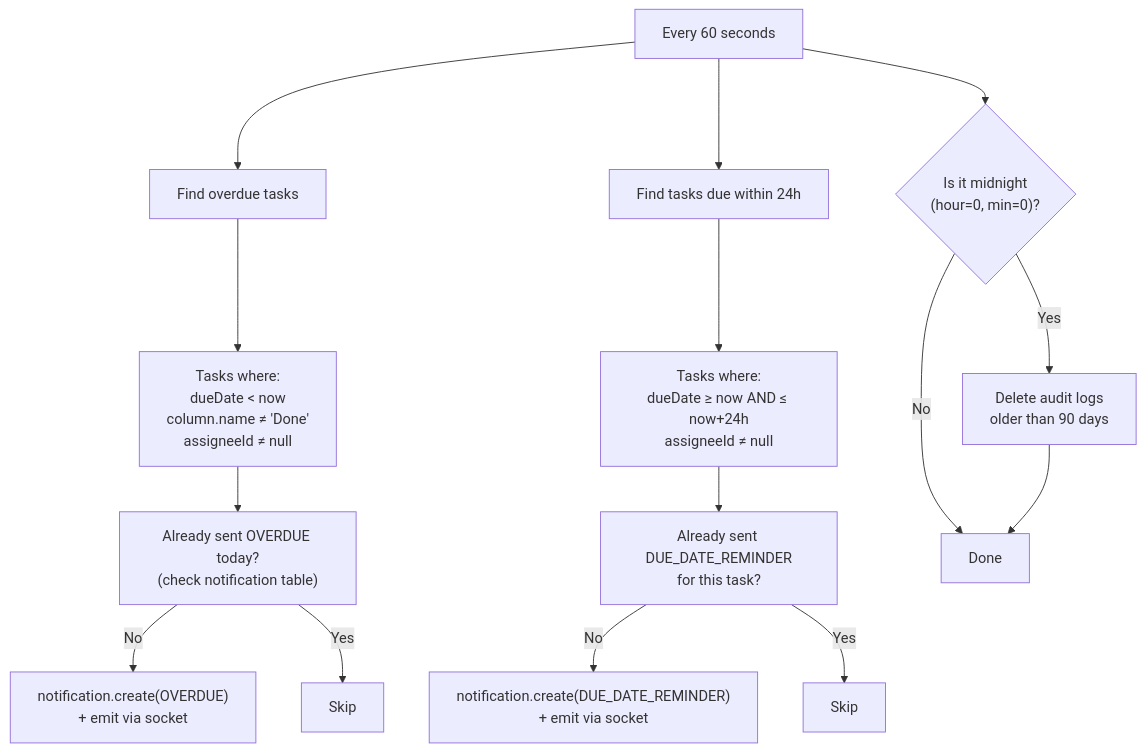
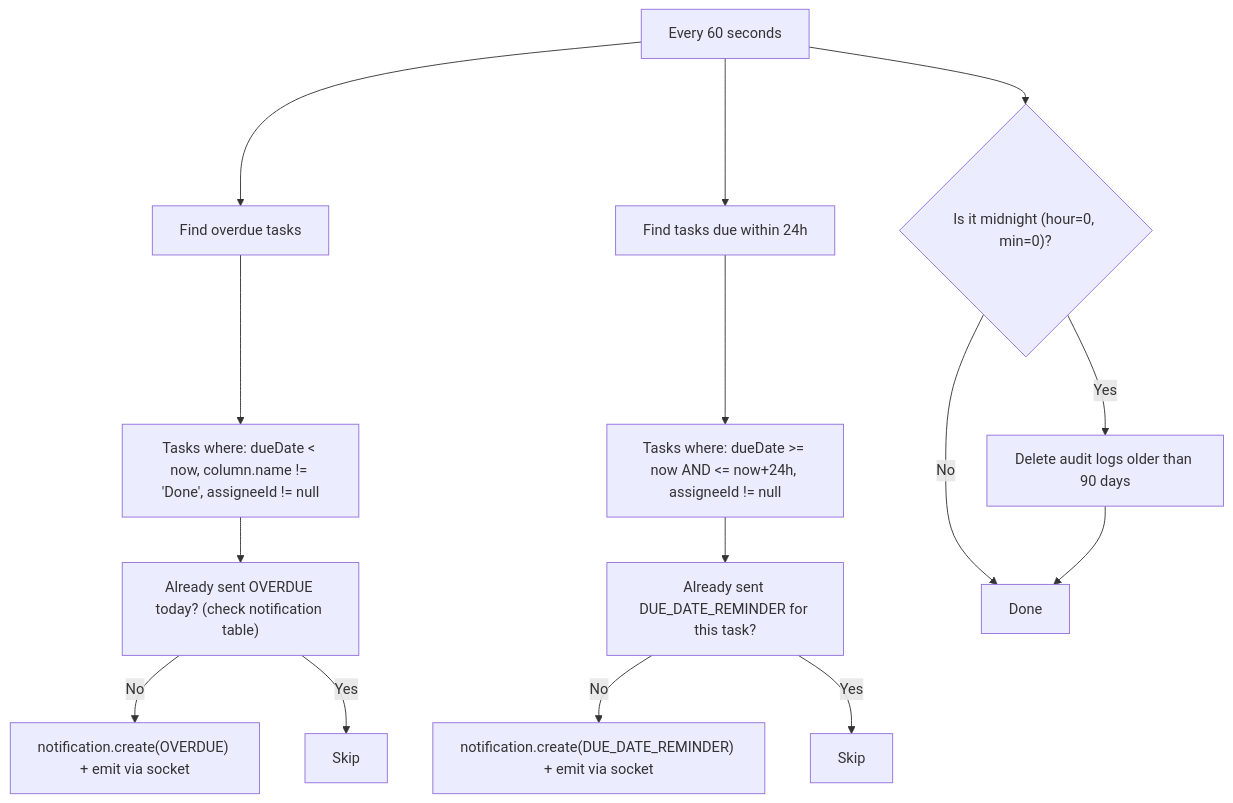
Before and after one commit to asefahmed500/Smart-Task-App_IIT_DU_Final_Project: the fourth of 5 diagrams in docs/06-notification-system.md, drawn with Mermaid. The commit also changed other lines of this file and 8 other files, not shown here.

Commit message:
fix: remove br tags from mermaid diagrams for GitHub rendering

````diff
--- a/docs/06-notification-system.md
+++ b/docs/06-notification-system.md
@@ -192,19 +192,19 @@
 ```mermaid
 flowchart TD
     START["Every 60 seconds"] --> OVERDUE_CHECK["Find overdue tasks"]
-    OVERDUE_CHECK --> OVERDUE_TASKS["Tasks where:<br/>dueDate < now<br/>column.name ≠ 'Done'<br/>assigneeId ≠ null"]
-    OVERDUE_TASKS --> DEDUP_O["Already sent OVERDUE today?<br/>(check notification table)"]
-    DEDUP_O -->|No| CREATE_O["notification.create(OVERDUE)<br/>+ emit via socket"]
+    OVERDUE_CHECK --> OVERDUE_TASKS["Tasks where: dueDate < now, column.name != 'Done', assigneeId != null"]
+    OVERDUE_TASKS --> DEDUP_O["Already sent OVERDUE today? (check notification table)"]
+    DEDUP_O -->|No| CREATE_O["notification.create(OVERDUE) + emit via socket"]
     DEDUP_O -->|Yes| SKIP_O["Skip"]
 
     START --> DUE_CHECK["Find tasks due within 24h"]
-    DUE_CHECK --> DUE_TASKS["Tasks where:<br/>dueDate ≥ now AND ≤ now+24h<br/>assigneeId ≠ null"]
-    DUE_TASKS --> DEDUP_D["Already sent DUE_DATE_REMINDER<br/>for this task?"]
-    DEDUP_D -->|No| CREATE_D["notification.create(DUE_DATE_REMINDER)<br/>+ emit via socket"]
+    DUE_CHECK --> DUE_TASKS["Tasks where: dueDate >= now AND <= now+24h, assigneeId != null"]
+    DUE_TASKS --> DEDUP_D["Already sent DUE_DATE_REMINDER for this task?"]
+    DEDUP_D -->|No| CREATE_D["notification.create(DUE_DATE_REMINDER) + emit via socket"]
     DEDUP_D -->|Yes| SKIP_D["Skip"]
 
-    START --> MIDNIGHT{"Is it midnight<br/>(hour=0, min=0)?"}
-    MIDNIGHT -->|Yes| CLEANUP["Delete audit logs<br/>older than 90 days"]
+    START --> MIDNIGHT{"Is it midnight (hour=0, min=0)?"}
+    MIDNIGHT -->|Yes| CLEANUP["Delete audit logs older than 90 days"]
     MIDNIGHT -->|No| DONE["Done"]
     CLEANUP --> DONE
 ```
````
